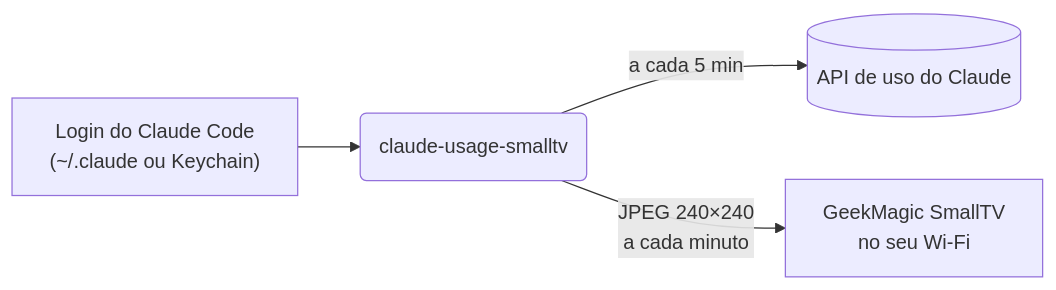
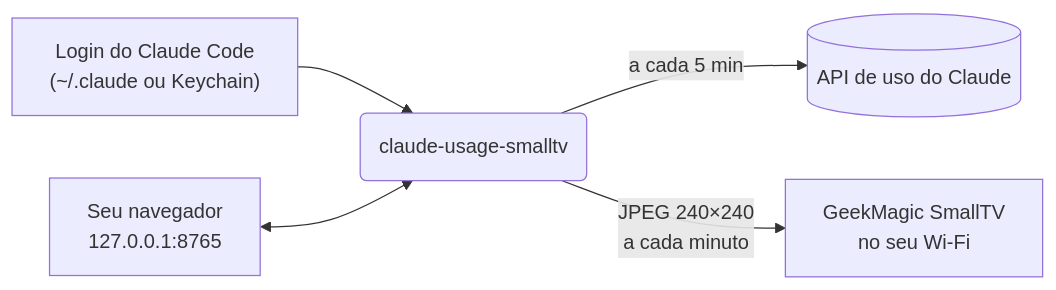
One commit to brunodesamachado/claude-usage-smalltv changed the diagram in README.pt-BR.md. Above: the diagram before and after it, drawn with Mermaid. The commit also changed other lines of this file and 26 other files, not shown here.

First line of the commit message:
Add a settings page in the browser and a standalone Windows app

````diff
--- a/README.pt-BR.md
+++ b/README.pt-BR.md
@@ -255,6 +188,7 @@
 ```mermaid
 flowchart LR
     login["Login do Claude Code<br/>(~/.claude ou Keychain)"] --> app("claude-usage-smalltv")
+    browser["Seu navegador<br/>127.0.0.1:8765"] <--> app
     app -- "a cada 5 min" --> api[("API de uso do Claude")]
     app -- "JPEG 240×240<br/>a cada minuto" --> tv["GeekMagic SmallTV<br/>no seu Wi-Fi"]
 ```
````
